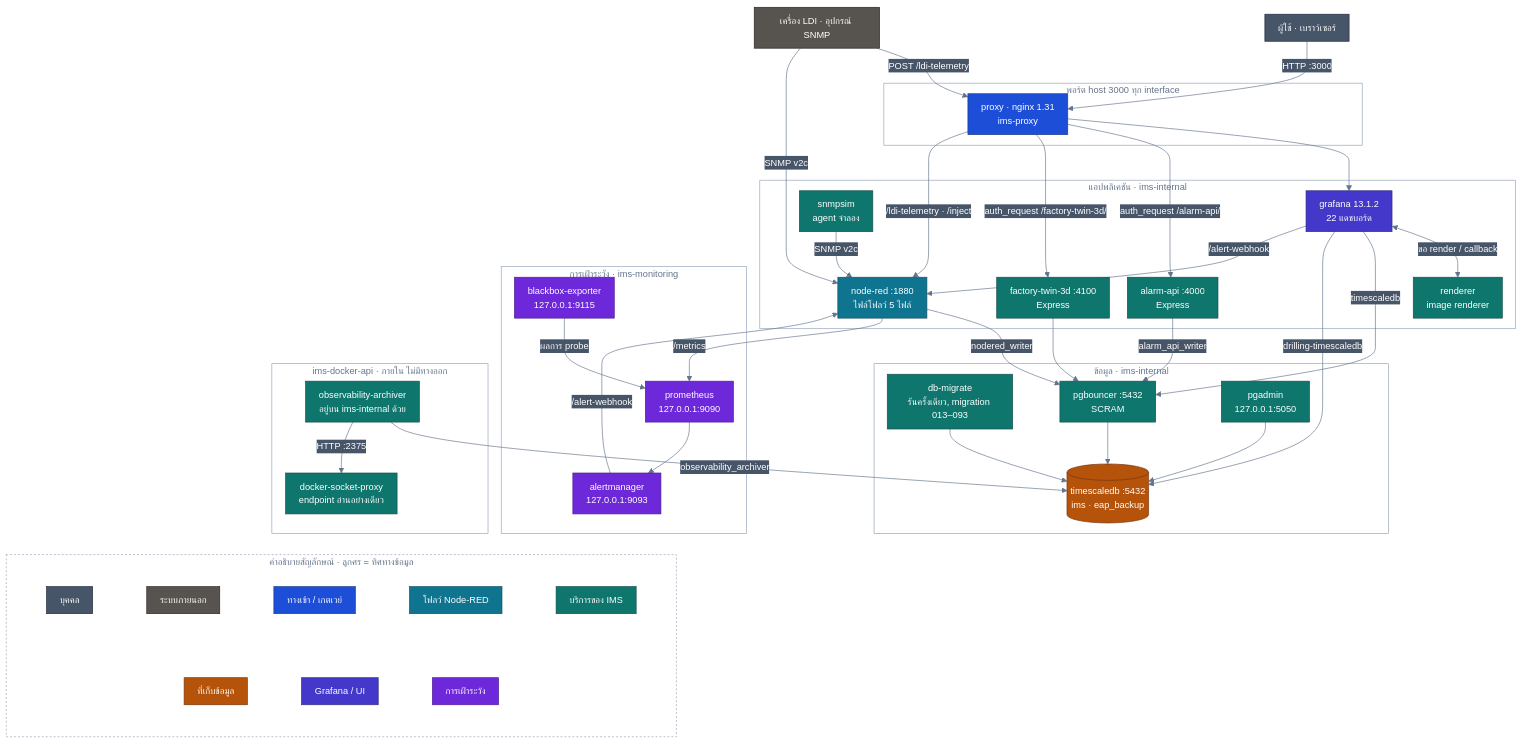
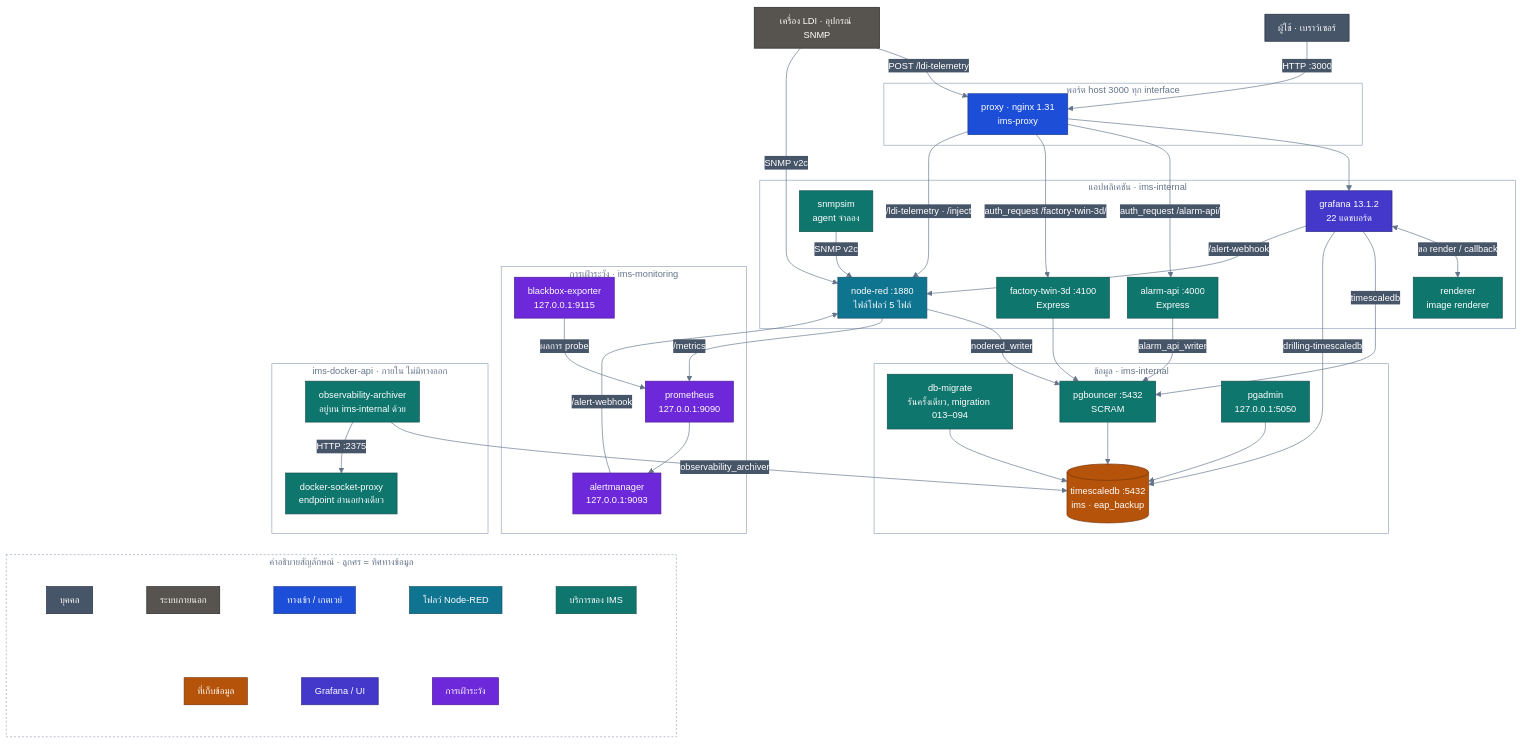
Before and after one commit to PATTANAKORN025/IMS: the second of 8 diagrams in th/docs/architecture/ARCHITECTURE_DIAGRAM.md, drawn with Mermaid. The commit also changed 21 other files, not shown here.

```diff
--- a/th/docs/architecture/ARCHITECTURE_DIAGRAM.md
+++ b/th/docs/architecture/ARCHITECTURE_DIAGRAM.md
@@ -106,7 +106,7 @@
   end
 
   subgraph DATA["ข้อมูล · ims-internal"]
-    MIG["db-migrate<br/>รันครั้งเดียว, migration 013–093"]:::app
+    MIG["db-migrate<br/>รันครั้งเดียว, migration 013–094"]:::app
     PGB["pgbouncer :5432<br/>SCRAM"]:::app
     TSDB[("timescaledb :5432<br/>ims · eap_backup")]:::store
     PGADMIN["pgadmin<br/>127.0.0.1:5050"]:::app
```
